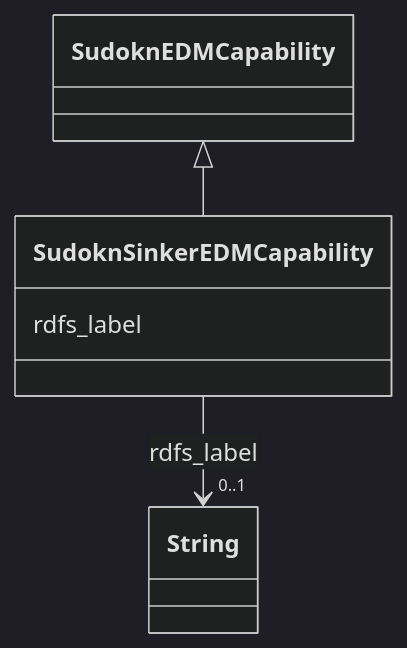
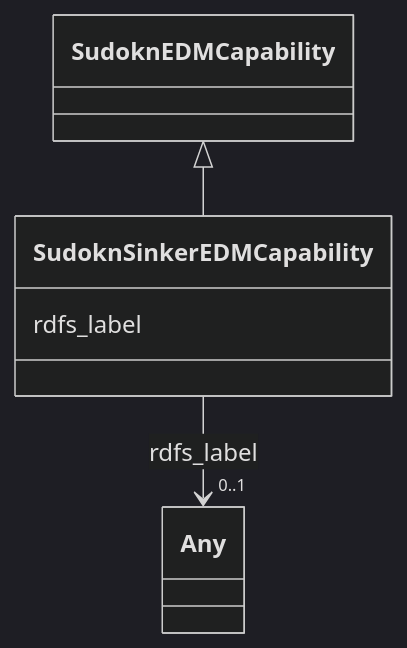
Before and after one commit to frink-okn/graph-descriptions: the diagram in sudokn-kg/classes/SudoknSinkerEDMCapability.md, drawn with Mermaid (dark theme). The commit also changed other lines of this file and 903 other files, not shown here.

````diff
--- a/sudokn-kg/classes/SudoknSinkerEDMCapability.md
+++ b/sudokn-kg/classes/SudoknSinkerEDMCapability.md
@@ -23,18 +18,18 @@
 ```mermaid
  classDiagram
     class SudoknSinkerEDMCapability
     click SudoknSinkerEDMCapability href "../SudoknSinkerEDMCapability"
       SudoknEDMCapability <|-- SudoknSinkerEDMCapability
         click SudoknEDMCapability href "../SudoknEDMCapability"
       
       SudoknSinkerEDMCapability : rdfs_label
         
           
     
     
-    SudoknSinkerEDMCapability --> "0..1" String : rdfs_label
-    click String href "../String"
+    SudoknSinkerEDMCapability --> "0..1" Any : rdfs_label
+    click Any href "../Any"
 
         
       
 ```
````
